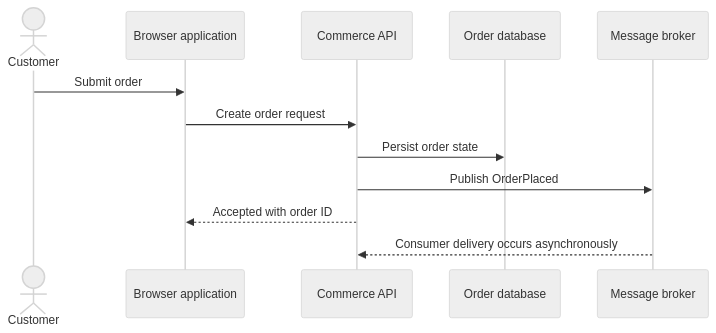
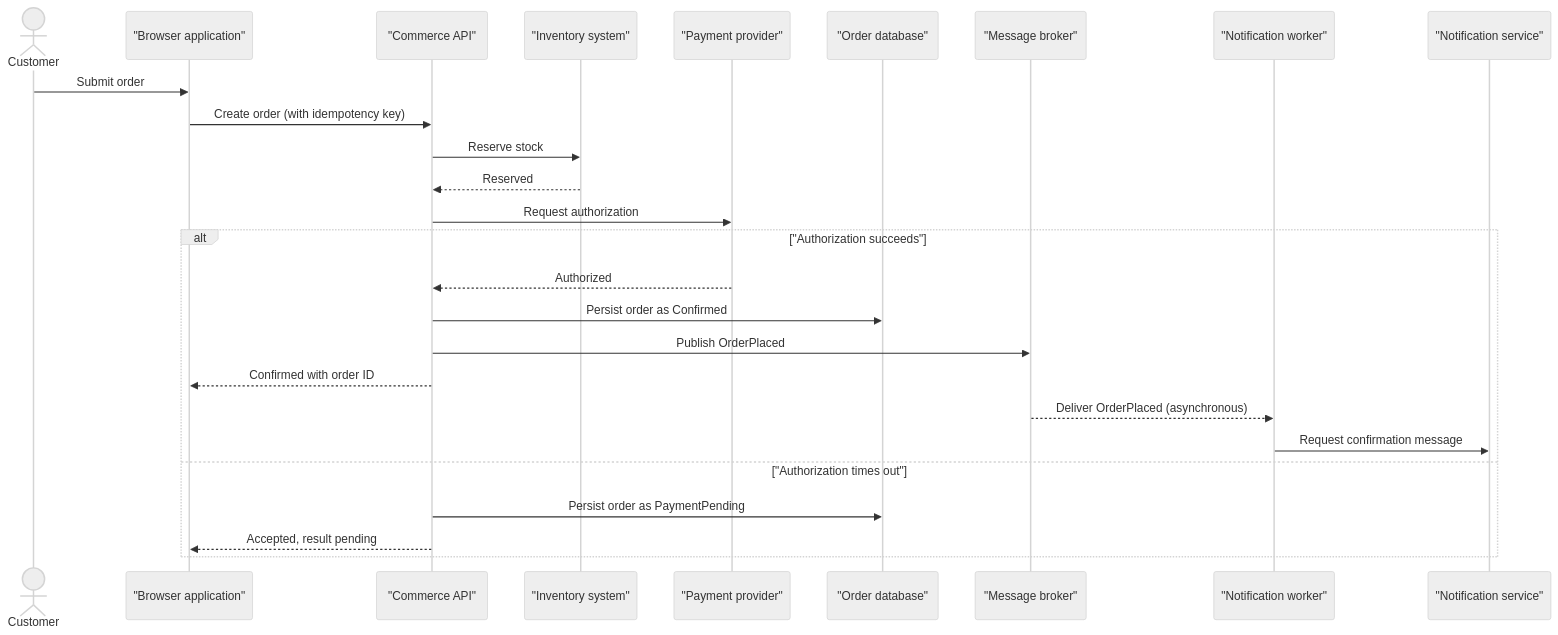
The eighth of 12 diagrams in 21_Architecture_Documentation/CH01_C4_Model.md (joydasss/Architect), drawn with Mermaid (neutral theme) before and after one commit. The commit also changed other lines of this file and 22 other files, not shown here.

Commit message:
Architecture changes

````diff
--- a/21_Architecture_Documentation/CH01_C4_Model.md
+++ b/21_Architecture_Documentation/CH01_C4_Model.md
@@ -81,14 +349,28 @@
 ```mermaid
 sequenceDiagram
     actor Customer
-    participant Browser as Browser application
-    participant API as Commerce API
-    participant DB as Order database
-    participant Broker as Message broker
+    participant Browser as "Browser application"
+    participant API as "Commerce API"
+    participant Inv as "Inventory system"
+    participant Pay as "Payment provider"
+    participant DB as "Order database"
+    participant Broker as "Message broker"
+    participant Worker as "Notification worker"
+    participant Notify as "Notification service"
     Customer->>Browser: Submit order
-    Browser->>API: Create order request
-    API->>DB: Persist order state
-    API->>Broker: Publish OrderPlaced
-    API-->>Browser: Accepted with order ID
-    Broker-->>API: Consumer delivery occurs asynchronously
+    Browser->>API: Create order (with idempotency key)
+    API->>Inv: Reserve stock
+    Inv-->>API: Reserved
+    API->>Pay: Request authorization
+    alt "Authorization succeeds"
+        Pay-->>API: Authorized
+        API->>DB: Persist order as Confirmed
+        API->>Broker: Publish OrderPlaced
+        API-->>Browser: Confirmed with order ID
+        Broker-->>Worker: Deliver OrderPlaced (asynchronous)
+        Worker->>Notify: Request confirmation message
+    else "Authorization times out"
+        API->>DB: Persist order as PaymentPending
+        API-->>Browser: Accepted, result pending
+    end
 ```
````
